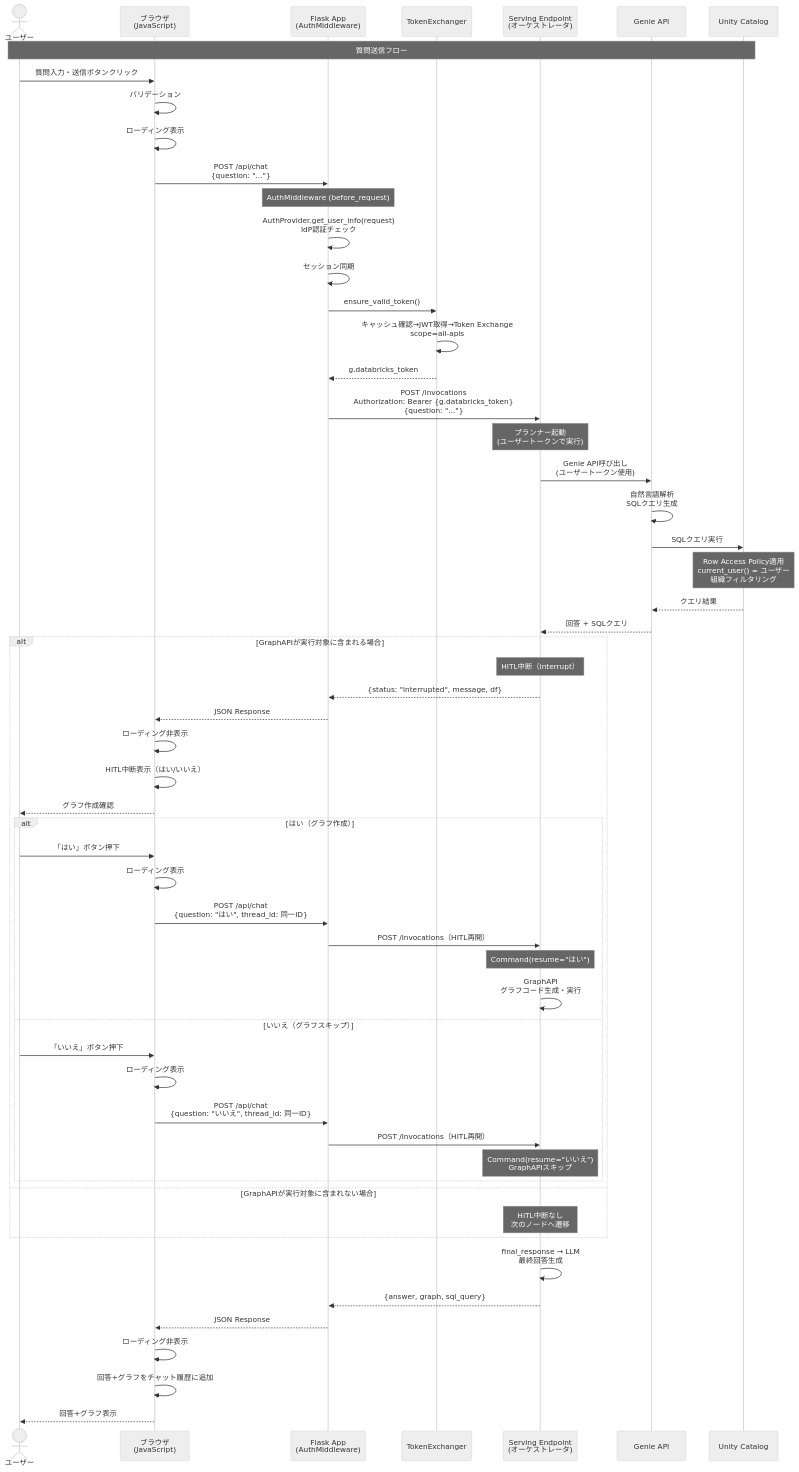
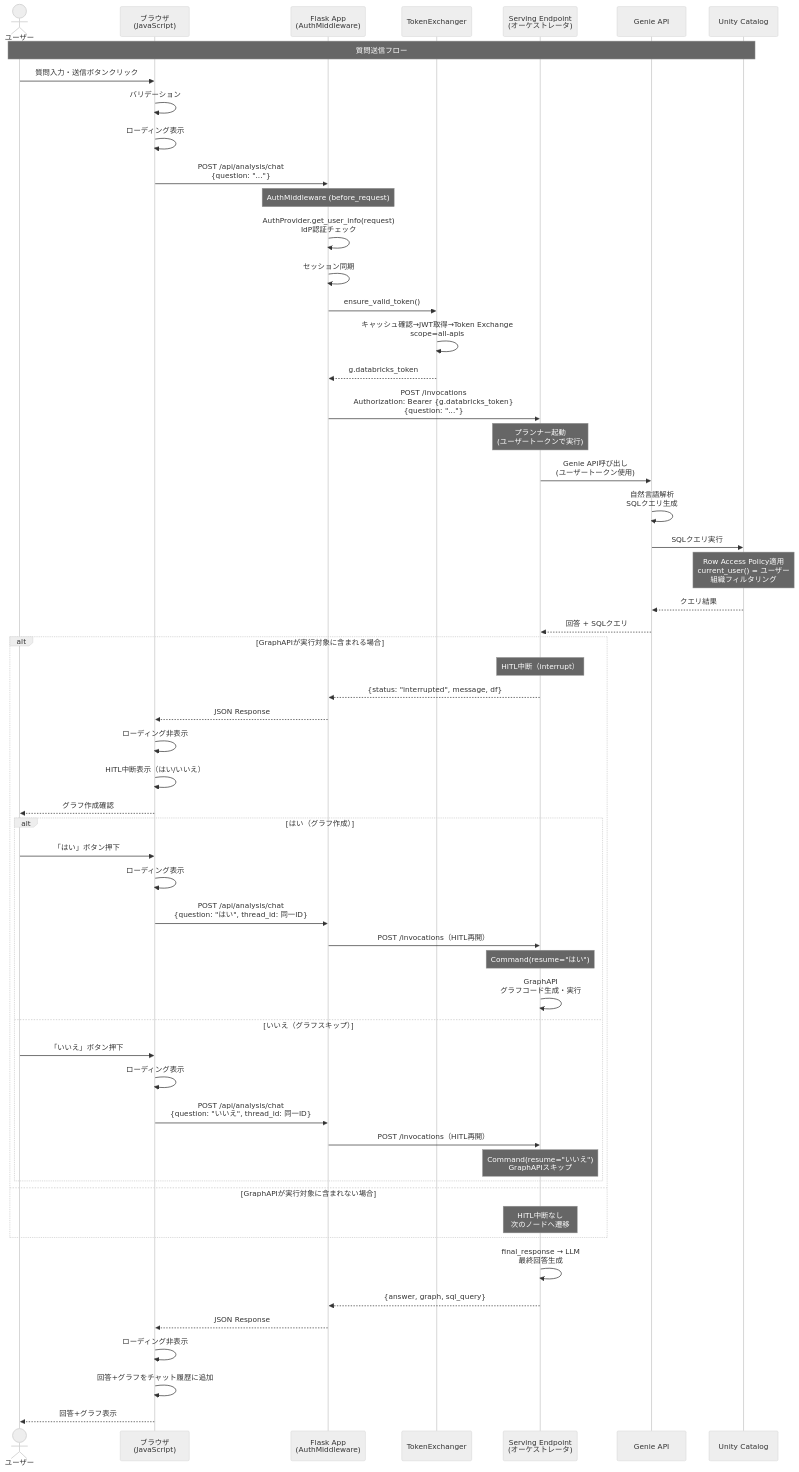
The fourth of 8 diagrams in docs/03-features/flask-app/conversational-ai-chat/workflow-specification.md (NSW-SVCP-AIWG002/Databricks-IoT), drawn with Mermaid (neutral theme) before and after one commit. The commit also changed other lines of this file and 16 other files, not shown here.

````diff
--- a/docs/03-features/flask-app/conversational-ai-chat/workflow-specification.md
+++ b/docs/03-features/flask-app/conversational-ai-chat/workflow-specification.md
@@ -697,68 +697,68 @@
 ```mermaid
 sequenceDiagram
     actor ユーザー
     participant Browser as ブラウザ<br>(JavaScript)
     participant Flask as Flask App<br>(AuthMiddleware)
     participant TokenEx as TokenExchanger
     participant Endpoint as Serving Endpoint<br>(オーケストレータ)
     participant Genie as Genie API
     participant UC as Unity Catalog
 
     Note over ユーザー,UC: 質問送信フロー
     ユーザー->>Browser: 質問入力・送信ボタンクリック
     Browser->>Browser: バリデーション
     Browser->>Browser: ローディング表示
-    Browser->>Flask: POST /api/chat<br>{question: "..."}
+    Browser->>Flask: POST /api/analysis/chat<br>{question: "..."}
 
     Note over Flask: AuthMiddleware (before_request)
     Flask->>Flask: AuthProvider.get_user_info(request)<br>IdP認証チェック
     Flask->>Flask: セッション同期
     Flask->>TokenEx: ensure_valid_token()
     TokenEx->>TokenEx: キャッシュ確認→JWT取得→Token Exchange<br>scope=all-apis
     TokenEx-->>Flask: g.databricks_token
 
     Flask->>Endpoint: POST /invocations<br>Authorization: Bearer {g.databricks_token}<br>{question: "..."}
 
     Note over Endpoint: プランナー起動<br>(ユーザートークンで実行)
 
     Endpoint->>Genie: Genie API呼び出し<br>(ユーザートークン使用)
     Genie->>Genie: 自然言語解析<br>SQLクエリ生成
     Genie->>UC: SQLクエリ実行
     Note over UC: Row Access Policy適用<br>current_user() = ユーザー<br>組織フィルタリング
     UC-->>Genie: クエリ結果
     Genie-->>Endpoint: 回答 + SQLクエリ
 
     alt GraphAPIが実行対象に含まれる場合
         Note over Endpoint: HITL中断（interrupt）
         Endpoint-->>Flask: {status: "interrupted", message, df}
         Flask-->>Browser: JSON Response
         Browser->>Browser: ローディング非表示
         Browser->>Browser: HITL中断表示（はい/いいえ）
         Browser-->>ユーザー: グラフ作成確認
 
         alt はい（グラフ作成）
             ユーザー->>Browser: 「はい」ボタン押下
             Browser->>Browser: ローディング表示
-            Browser->>Flask: POST /api/chat<br>{question: "はい", thread_id: 同一ID}
+            Browser->>Flask: POST /api/analysis/chat<br>{question: "はい", thread_id: 同一ID}
             Flask->>Endpoint: POST /invocations（HITL再開）
             Note over Endpoint: Command(resume="はい")
             Endpoint->>Endpoint: GraphAPI<br>グラフコード生成・実行
         else いいえ（グラフスキップ）
             ユーザー->>Browser: 「いいえ」ボタン押下
             Browser->>Browser: ローディング表示
-            Browser->>Flask: POST /api/chat<br>{question: "いいえ", thread_id: 同一ID}
+            Browser->>Flask: POST /api/analysis/chat<br>{question: "いいえ", thread_id: 同一ID}
             Flask->>Endpoint: POST /invocations（HITL再開）
             Note over Endpoint: Command(resume="いいえ")<br>GraphAPIスキップ
         end
     else GraphAPIが実行対象に含まれない場合
         Note over Endpoint: HITL中断なし<br>次のノードへ遷移
     end
 
     Endpoint->>Endpoint: final_response → LLM<br>最終回答生成
 
     Endpoint-->>Flask: {answer, graph, sql_query}
     Flask-->>Browser: JSON Response
     Browser->>Browser: ローディング非表示
     Browser->>Browser: 回答+グラフをチャット履歴に追加
     Browser-->>ユーザー: 回答+グラフ表示
 ```
````
